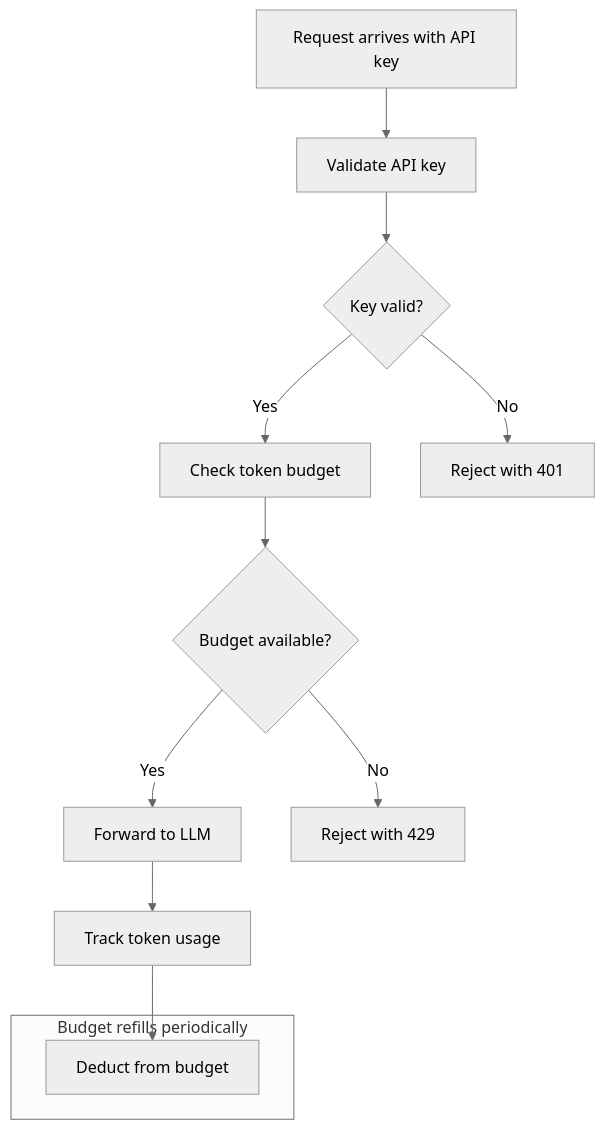
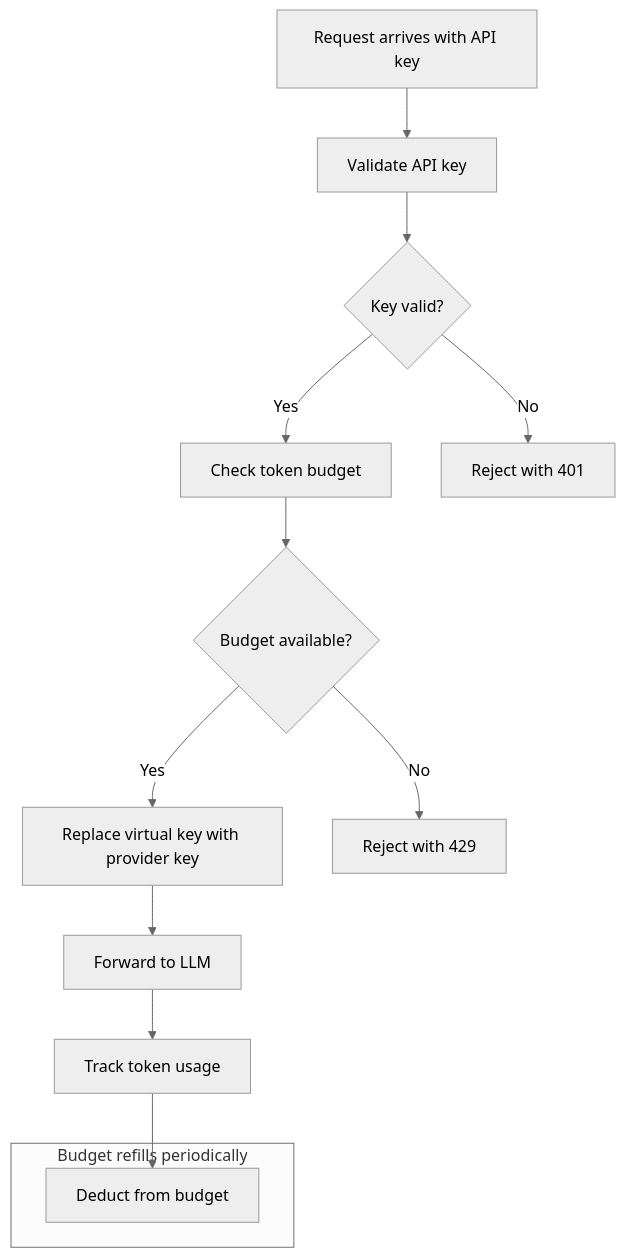
The diagram in assets/agw-docs/standalone/virtual-keys.md (agentgateway/website), drawn with Mermaid (neutral theme) before and after one commit. The commit also changed other lines of this file and 1 other file, not shown here.

Commit message:
virtual keys guide updates

````diff
--- a/assets/agw-docs/standalone/virtual-keys.md
+++ b/assets/agw-docs/standalone/virtual-keys.md
@@ -12,15 +12,16 @@
 ```mermaid
 flowchart TD
   A[Request arrives with API key] --> B[Validate API key]
   B --> C{Key valid?}
   C -->|Yes| D[Check token budget]
   D --> E{Budget available?}
-  E -->|Yes| F[Forward to LLM]
+  E -->|Yes| K[Replace virtual key with provider key]
+  K --> F[Forward to LLM]
   F --> G[Track token usage]
   G --> H[Deduct from budget]
   E -->|No| I[Reject with 429]
   C -->|No| J[Reject with 401]
   subgraph refill["Budget refills periodically"]
     H
   end
 ```
````
